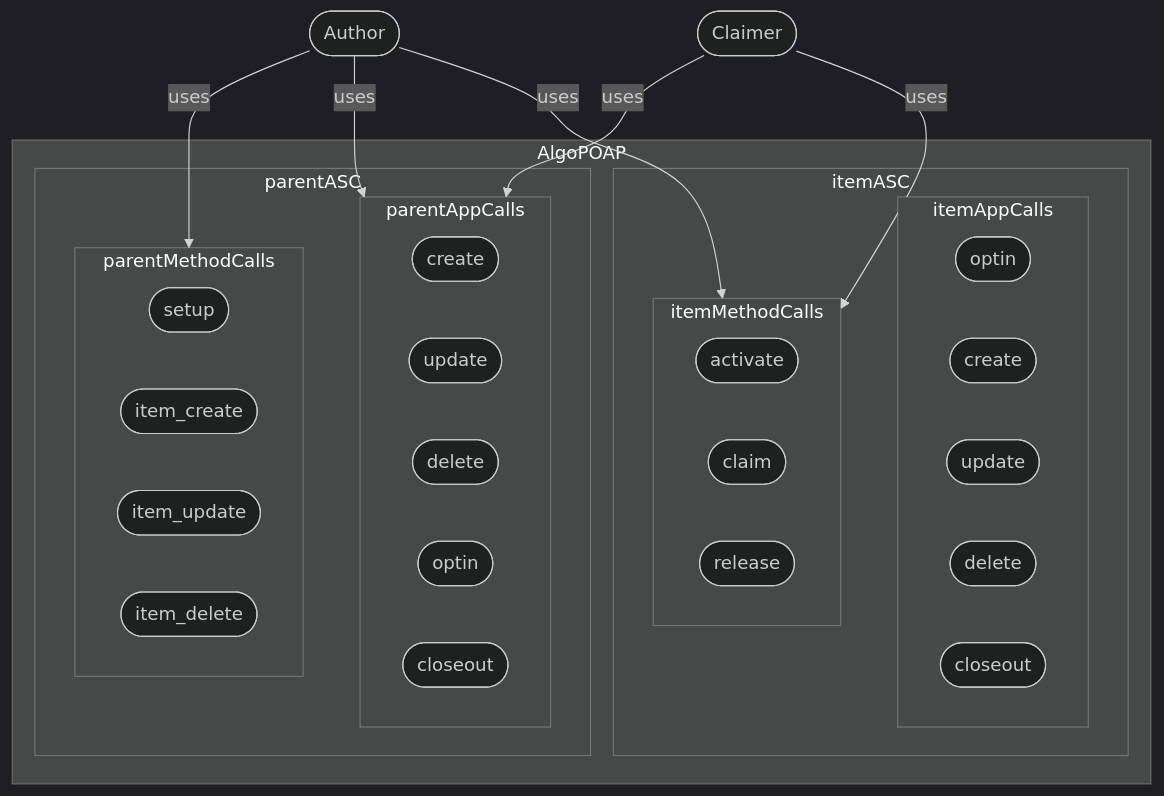
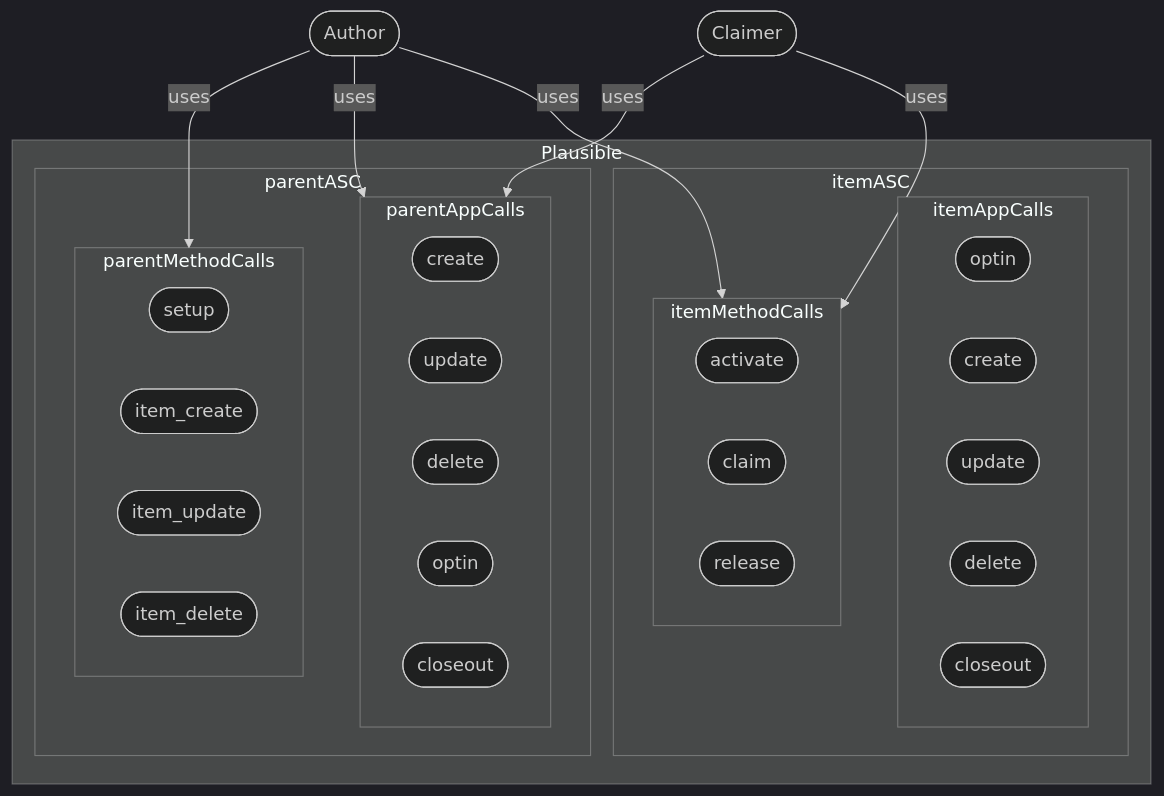
One commit to GoPlausible/.github changed the sixth of 8 diagrams in profile/README.md. Above: the diagram before and after it, drawn with Mermaid (dark theme). The commit also changed other lines of this file, not shown here.

````diff
--- a/profile/README.md
+++ b/profile/README.md
@@ -258,54 +259,54 @@
 ```mermaid
   flowchart TB
 
     id1([Author]) --uses--> parentMethodCalls
     id1([Author]) --uses--> parentAppCalls
     id1([Author]) --uses--> itemMethodCalls
     
 
     id2([Claimer]) --uses--> parentAppCalls 
     id2([Claimer]) --uses--> itemMethodCalls 
   
 
-    subgraph AlgoPOAP
+    subgraph Plausible
       
       subgraph parentASC
         subgraph parentAppCalls
         id3([create]) 
         id4([update]) 
         id5([delete]) 
         id6([optin]) 
         id7([closeout]) 
         end
         subgraph parentMethodCalls
         id61([setup]) 
         id8([item_create]) 
         id9([item_update]) 
         id10([item_delete]) 
  
         end
       end
       subgraph itemASC
         
         
         subgraph itemAppCalls
         id12([optin])
         id13([create]) 
         id14([update]) 
         id15([delete]) 
         id17([closeout]) 
         end
         subgraph itemMethodCalls
         id18([setup]) 
         id18([activate]) 
         id19([claim]) 
         id20([release]) 
         end
       end
       
     end 
    
     
     
 
 ```
````
